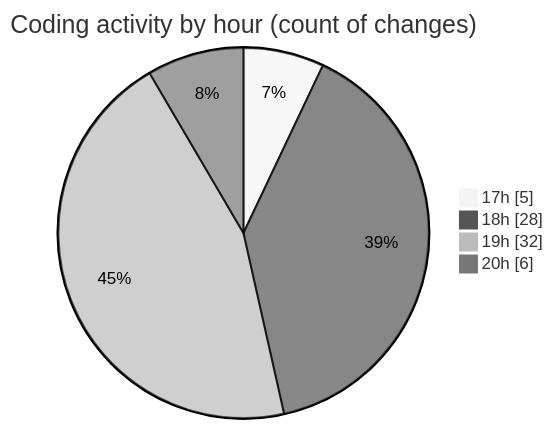
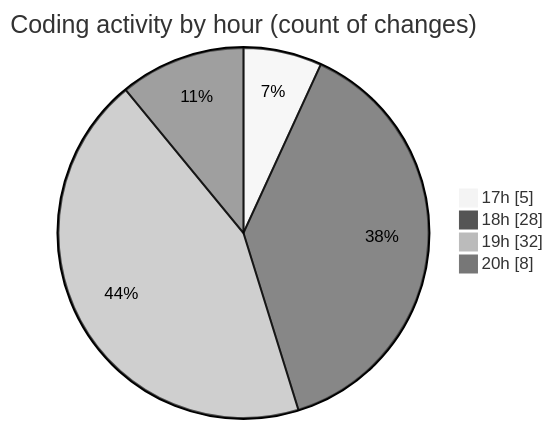
Before and after one commit to donsfak/code-tracking: the second of 2 diagrams in 2025-01-01/uber_clone/README.md, drawn with Mermaid (neutral theme). The commit also changed other lines of this file and 1 other file, not shown here.

````diff
--- a/2025-01-01/uber_clone/README.md
+++ b/2025-01-01/uber_clone/README.md
@@ -41,8 +41,8 @@
 ```mermaid
 pie showData
 title Coding activity by hour (count of changes)
 "17h" : 5
 "18h" : 28
 "19h" : 32
-"20h" : 6
+"20h" : 8
 ```
````
